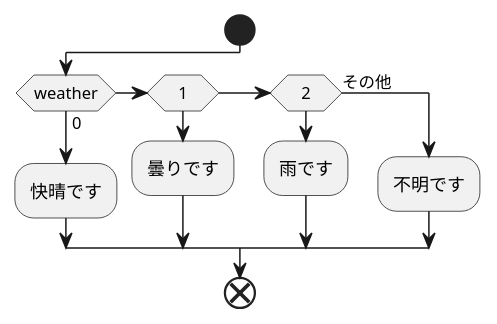
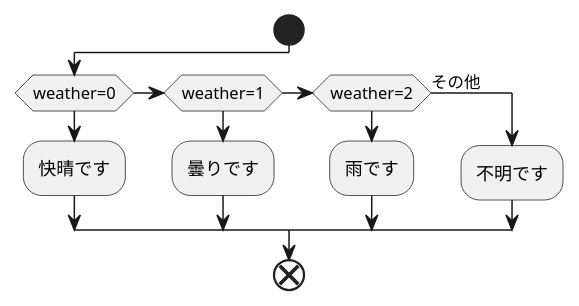
Before and after one commit to Aso2001192/2021sys-design: the diagram in uml042303.md, drawn with PlantUML.

````diff
--- a/uml042303.md
+++ b/uml042303.md
@@ -1,15 +1,15 @@
 ```uml
 @startuml
 start
-if(weather)then(0)
+if(weather=0)then
 :快晴です;
-else if(1)
+else if(weather=1)then
 :曇りです;
-else if(2)
+else if(weather=2)then
 :雨です;
 else(その他)
 :不明です;
 endif
 end
 @enduml
 ```
````
